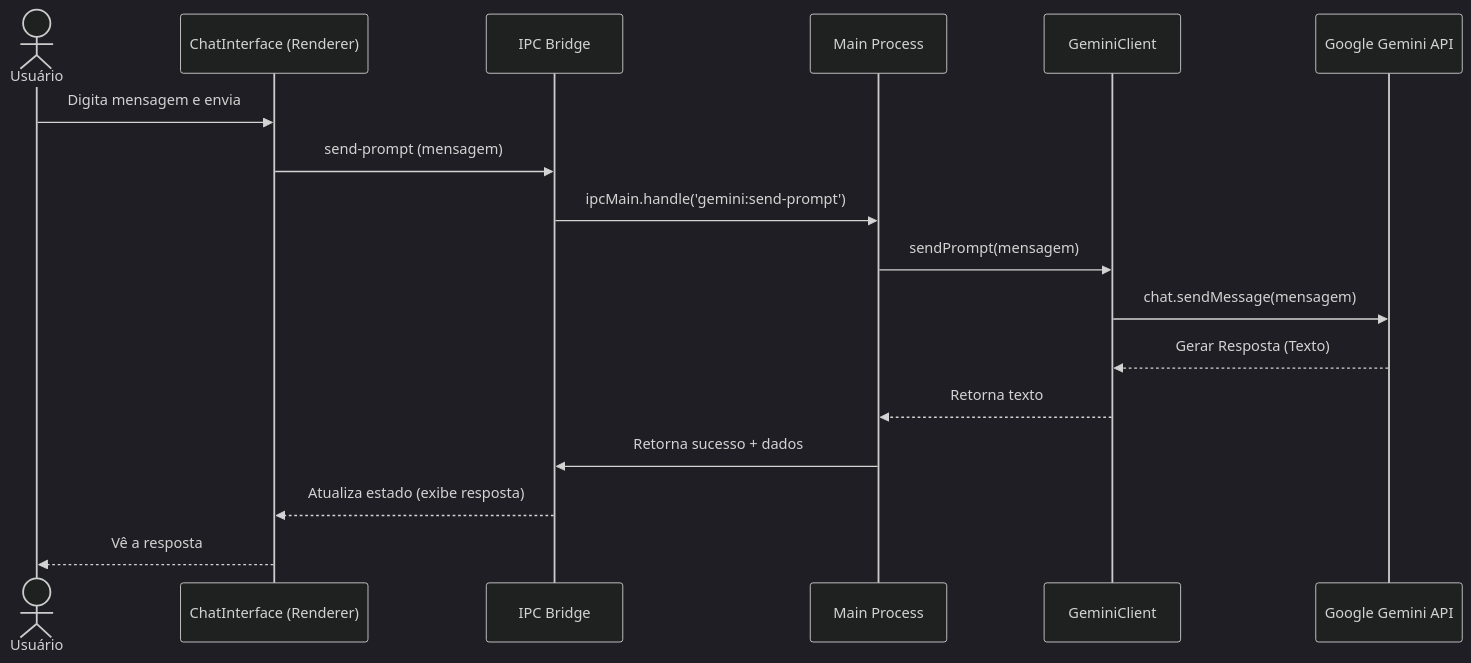
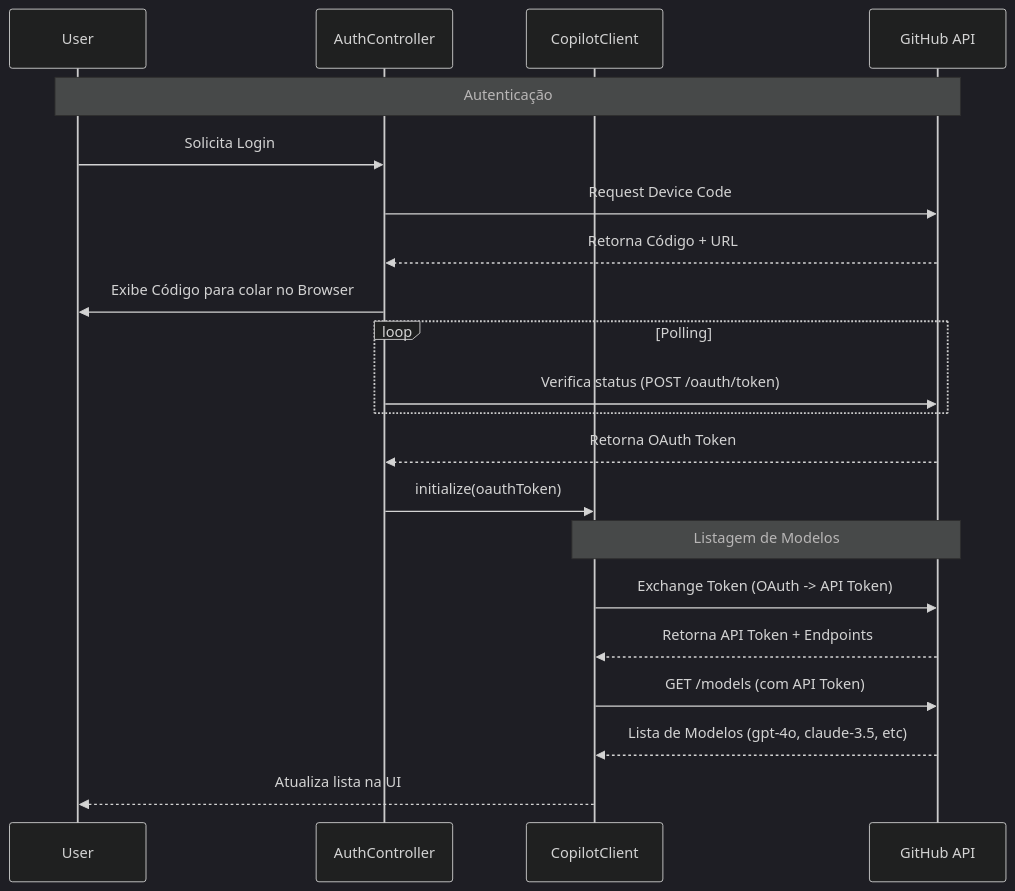
One commit to marcos2872/gemini-chat changed the first of 3 diagrams in ARCHITECTURE.md. Above: the diagram before and after it, drawn with Mermaid (dark theme). The commit also changed other lines of this file, not shown here.

Commit message:
doc: Update architecture document to detail multi-model support (Gemini/Copilot), Controller-Service pattern, and modularized Main process with TypeScript and a typed IPC bridge.

````diff
--- a/ARCHITECTURE.md
+++ b/ARCHITECTURE.md
@@ -27,20 +41,27 @@
 ```mermaid
 sequenceDiagram
-    actor User as Usuário
-    participant UI as ChatInterface (Renderer)
-    participant IPC as IPC Bridge
-    participant Main as Main Process
-    participant Gemini as GeminiClient
-    participant API as Google Gemini API
+    participant User
+    participant Auth as AuthController
+    participant Client as CopilotClient
+    participant GH as GitHub API
 
-    User->>UI: Digita mensagem e envia
-    UI->>IPC: send-prompt (mensagem)
-    IPC->>Main: ipcMain.handle('gemini:send-prompt')
-    Main->>Gemini: sendPrompt(mensagem)
-    Gemini->>API: chat.sendMessage(mensagem)
-    API-->>Gemini: Gerar Resposta (Texto)
-    Gemini-->>Main: Retorna texto
-    Main->>IPC: Retorna sucesso + dados
-    IPC-->>UI: Atualiza estado (exibe resposta)
-    UI-->>User: Vê a resposta
+    Note over User, GH: Autenticação
+    User->>Auth: Solicita Login
+    Auth->>GH: Request Device Code
+    GH-->>Auth: Retorna Código + URL
+    Auth->>User: Exibe Código para colar no Browser
+    
+    loop Polling
+        Auth->>GH: Verifica status (POST /oauth/token)
+    end
+    
+    GH-->>Auth: Retorna OAuth Token
+    Auth->>Client: initialize(oauthToken)
+    
+    Note over Client, GH: Listagem de Modelos
+    Client->>GH: Exchange Token (OAuth -> API Token)
+    GH-->>Client: Retorna API Token + Endpoints
+    Client->>GH: GET /models (com API Token)
+    GH-->>Client: Lista de Modelos (gpt-4o, claude-3.5, etc)
+    Client-->>User: Atualiza lista na UI
 ```
````
